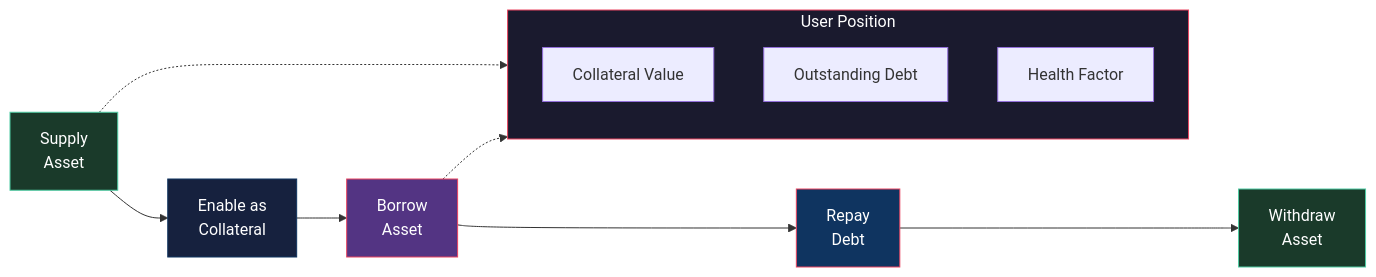
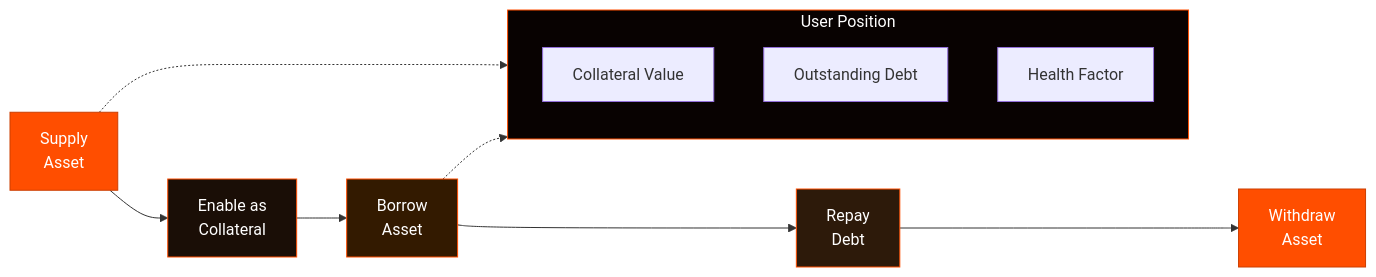
Before and after one commit to gatteo/wdk-docs: the diagram in sdk/lending-modules/lending-aave-evm/README.md, drawn with Mermaid. The commit also changed 21 other files, not shown here.

Commit message:
docs: update all mermaid diagrams to WDK branding colors (#FF4E00 orange, #080201 dark)

````diff
--- a/sdk/lending-modules/lending-aave-evm/README.md
+++ b/sdk/lending-modules/lending-aave-evm/README.md
@@ -24,24 +24,24 @@
 ```mermaid
 flowchart LR
     Supply["Supply\nAsset"] --> Collateral["Enable as\nCollateral"]
     Collateral --> Borrow["Borrow\nAsset"]
     Borrow --> Repay["Repay\nDebt"]
     Repay --> Withdraw["Withdraw\nAsset"]
 
     subgraph Position["User Position"]
         direction TB
         COL["Collateral Value"]
         DEBT["Outstanding Debt"]
         HF["Health Factor"]
     end
 
     Supply -.-> Position
     Borrow -.-> Position
 
-    style Supply fill:#1a3a2a,stroke:#4ecca3,color:#fff
-    style Collateral fill:#16213e,stroke:#0f3460,color:#fff
-    style Borrow fill:#533483,stroke:#e94560,color:#fff
-    style Repay fill:#0f3460,stroke:#e94560,color:#fff
-    style Withdraw fill:#1a3a2a,stroke:#4ecca3,color:#fff
-    style Position fill:#1a1a2e,stroke:#e94560,color:#fff
+    style Supply fill:#FF4E00,stroke:#cc3e00,color:#fff
+    style Collateral fill:#1a0e06,stroke:#FF4E00,color:#fff
+    style Borrow fill:#331a00,stroke:#FF4E00,color:#fff
+    style Repay fill:#2d1a0a,stroke:#FF4E00,color:#fff
+    style Withdraw fill:#FF4E00,stroke:#cc3e00,color:#fff
+    style Position fill:#080201,stroke:#FF4E00,color:#fff
 ```
````
